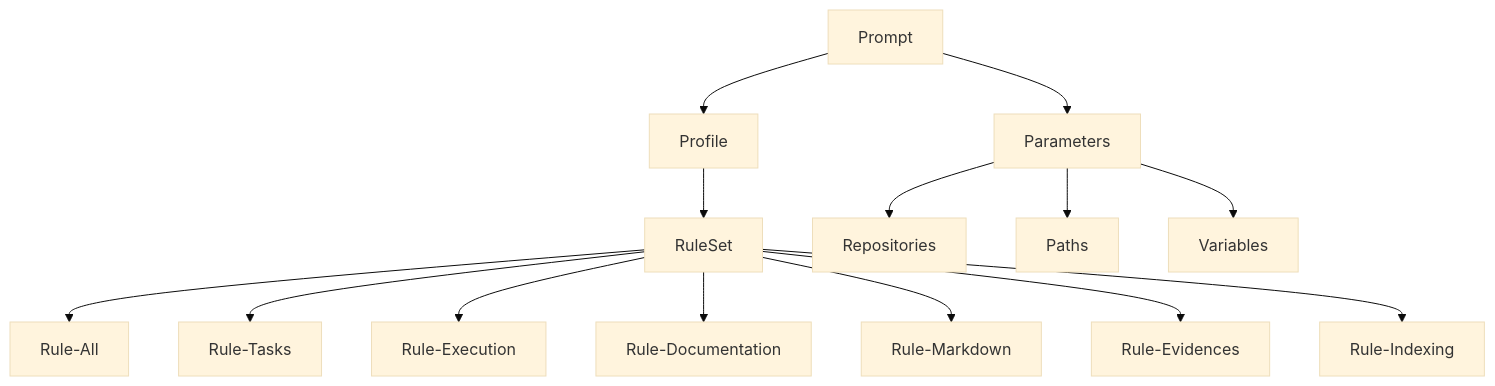
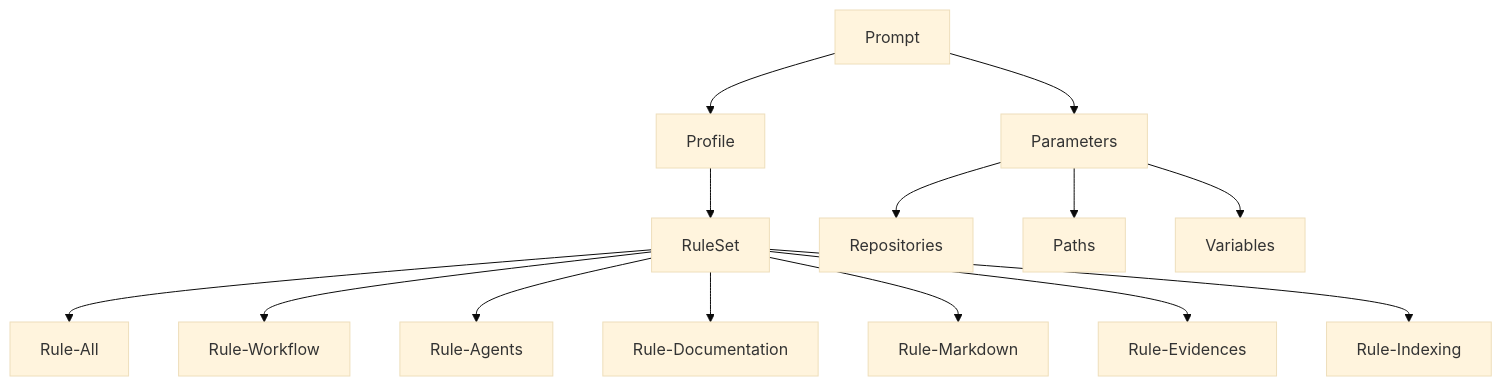
One commit to Aplicada-Streaming/IA.Prompting.Templates changed the first of 4 diagrams in PromptFramework/Guides/Readme.md. Above: the diagram before and after it, drawn with Mermaid (base theme). The commit also changed other lines of this file and 40 other files, not shown here.

````diff
--- a/PromptFramework/Guides/Readme.md
+++ b/PromptFramework/Guides/Readme.md
@@ -56,16 +56,16 @@
 ```mermaid
 graph TD
     P[Prompt] --> PR[Profile]
     P --> PA[Parameters]
     PR --> RS[RuleSet]
     RS --> R1[Rule-All]
-    RS --> R2[Rule-Tasks]
-    RS --> R3[Rule-Execution]
+    RS --> R2[Rule-Workflow]
+    RS --> R3[Rule-Agents]
     RS --> R4[Rule-Documentation]
     RS --> R5[Rule-Markdown]
     RS --> R6[Rule-Evidences]
     RS --> R7[Rule-Indexing]
     PA --> REP[Repositories]
     PA --> PAT[Paths]
     PA --> VAR[Variables]
 ```
````
